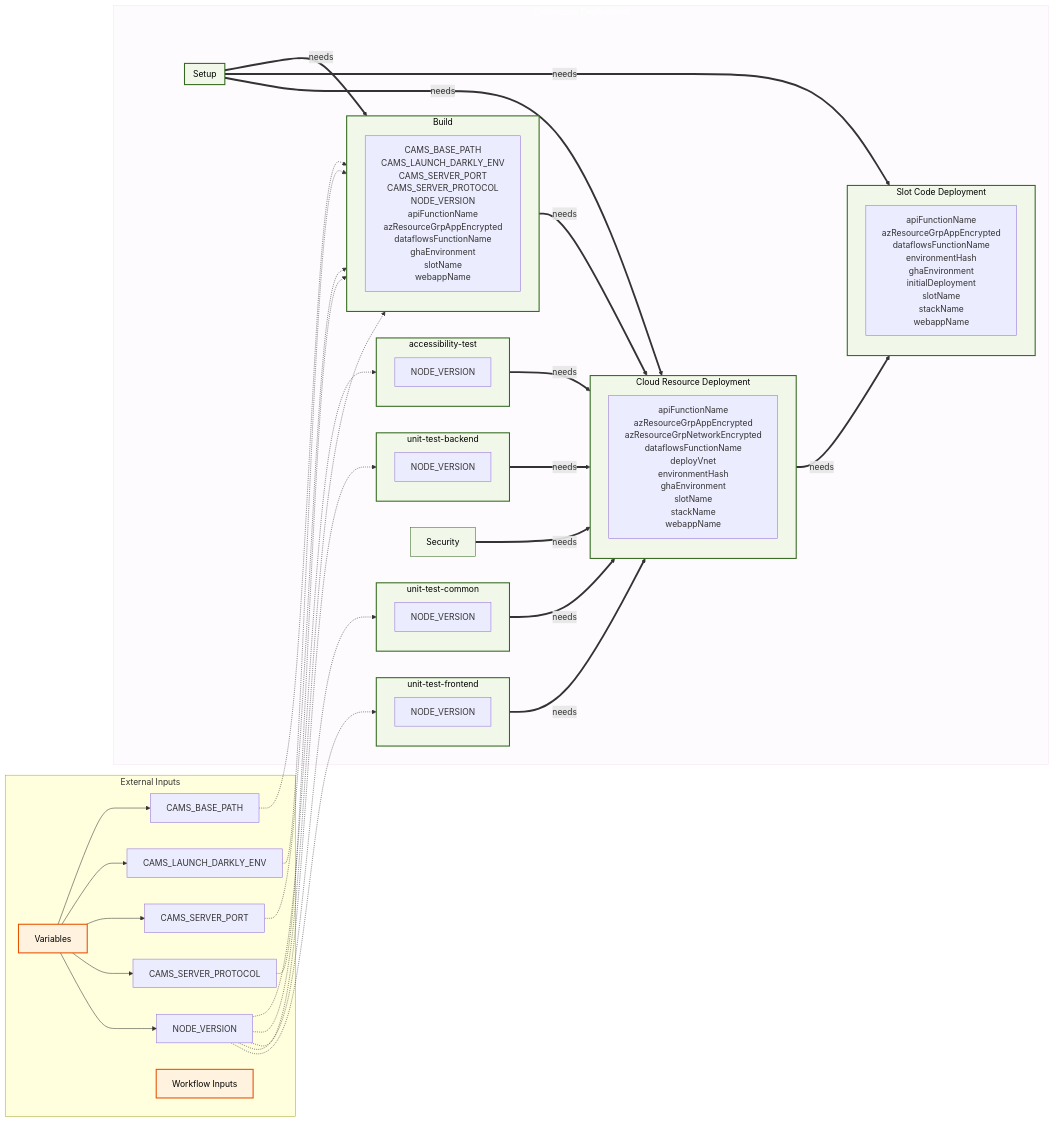
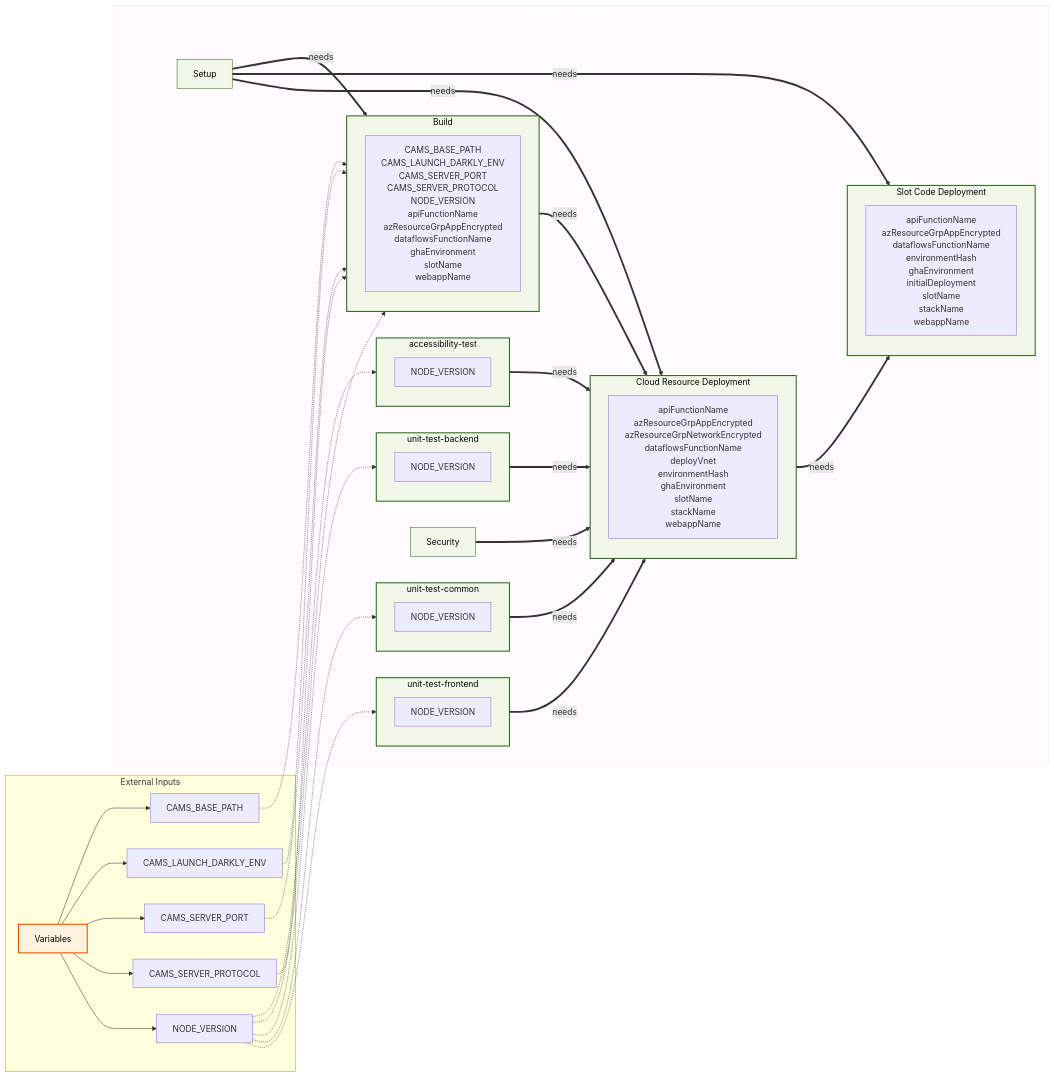
One commit to US-Trustee-Program/Bankruptcy-Oversight-Support-Systems changed the seventh of 21 diagrams in docs/operations/workflow-diagram.md. Above: the diagram before and after it, drawn with Mermaid. The commit also changed other lines of this file and 3 other files, not shown here.

````diff
--- a/docs/operations/workflow-diagram.md
+++ b/docs/operations/workflow-diagram.md
@@ -272,81 +272,78 @@
 ```mermaid
 flowchart LR
     subgraph "External Inputs"
         Variables["Variables"]
         Variables_CAMS_BASE_PATH["CAMS_BASE_PATH"]
         Variables_CAMS_LAUNCH_DARKLY_ENV["CAMS_LAUNCH_DARKLY_ENV"]
         Variables_CAMS_SERVER_PORT["CAMS_SERVER_PORT"]
         Variables_CAMS_SERVER_PROTOCOL["CAMS_SERVER_PROTOCOL"]
         Variables_NODE_VERSION["NODE_VERSION"]
-        Workflow_Inputs["Workflow Inputs"]
     end
 
     subgraph continuous_deployment_workflow["Continuous Deployment"]
-        subgraph setup_subgraph["Setup"]
-        end
+        setup["Setup"]
         subgraph accessibility_test_subgraph["accessibility-test"]
             accessibility_test_vars["NODE_VERSION"]
         end
         subgraph unit_test_frontend_subgraph["unit-test-frontend"]
             unit_test_frontend_vars["NODE_VERSION"]
         end
         subgraph unit_test_backend_subgraph["unit-test-backend"]
             unit_test_backend_vars["NODE_VERSION"]
         end
         subgraph unit_test_common_subgraph["unit-test-common"]
             unit_test_common_vars["NODE_VERSION"]
         end
         security_scan["Security"]
         subgraph build_subgraph["Build"]
             build_vars["CAMS_BASE_PATH<br/>CAMS_LAUNCH_DARKLY_ENV<br/>CAMS_SERVER_PORT<br/>CAMS_SERVER_PROTOCOL<br/>NODE_VERSION<br/>apiFunctionName<br/>azResourceGrpAppEncrypted<br/>dataflowsFunctionName<br/>ghaEnvironment<br/>slotName<br/>webappName"]
         end
         subgraph deploy_subgraph["Cloud Resource Deployment"]
             deploy_vars["apiFunctionName<br/>azResourceGrpAppEncrypted<br/>azResourceGrpNetworkEncrypted<br/>dataflowsFunctionName<br/>deployVnet<br/>environmentHash<br/>ghaEnvironment<br/>slotName<br/>stackName<br/>webappName"]
         end
         subgraph deploy_code_slot_subgraph["Slot Code Deployment"]
             deploy_code_slot_vars["apiFunctionName<br/>azResourceGrpAppEncrypted<br/>dataflowsFunctionName<br/>environmentHash<br/>ghaEnvironment<br/>initialDeployment<br/>slotName<br/>stackName<br/>webappName"]
         end
     end
 
         Variables --> Variables_CAMS_BASE_PATH
         Variables --> Variables_CAMS_LAUNCH_DARKLY_ENV
         Variables --> Variables_CAMS_SERVER_PORT
         Variables --> Variables_CAMS_SERVER_PROTOCOL
         Variables --> Variables_NODE_VERSION
     Variables_CAMS_BASE_PATH -.-> build_subgraph
     Variables_CAMS_LAUNCH_DARKLY_ENV -.-> build_subgraph
     Variables_CAMS_SERVER_PORT -.-> build_subgraph
     Variables_CAMS_SERVER_PROTOCOL -.-> build_subgraph
     Variables_NODE_VERSION -.-> accessibility_test_subgraph
     Variables_NODE_VERSION -.-> build_subgraph
     Variables_NODE_VERSION -.-> unit_test_backend_subgraph
     Variables_NODE_VERSION -.-> unit_test_common_subgraph
     Variables_NODE_VERSION -.-> unit_test_frontend_subgraph
     accessibility_test_subgraph ==>|"needs"| deploy_subgraph
     build_subgraph ==>|"needs"| deploy_subgraph
     deploy_subgraph ==>|"needs"| deploy_code_slot_subgraph
     security_scan ==>|"needs"| deploy_subgraph
-    setup_subgraph ==>|"needs"| build_subgraph
-    setup_subgraph ==>|"needs"| deploy_code_slot_subgraph
-    setup_subgraph ==>|"needs"| deploy_subgraph
+    setup ==>|"needs"| build_subgraph
+    setup ==>|"needs"| deploy_code_slot_subgraph
+    setup ==>|"needs"| deploy_subgraph
     unit_test_backend_subgraph ==>|"needs"| deploy_subgraph
     unit_test_common_subgraph ==>|"needs"| deploy_subgraph
     unit_test_frontend_subgraph ==>|"needs"| deploy_subgraph
 
     classDef external fill:#fff3e0,stroke:#e65100,stroke-width:2px,color:#000000
     classDef job fill:#f1f8e9,stroke:#33691e,stroke-width:1px,color:#000000
     classDef mainWorkflow fill:#f3e5f5,fill-opacity:0.15,stroke:#f3e5f5,stroke-width:1px,color:#ffffff
     classDef jobSubgraph fill:#f1f8e9,stroke:#33691e,stroke-width:2px,color:#000000
     class continuous_deployment_workflow mainWorkflow
     class Variables external
-    class Workflow_Inputs external
     class accessibility_test_subgraph jobSubgraph
     class build_subgraph jobSubgraph
     class deploy_subgraph jobSubgraph
     class deploy_code_slot_subgraph jobSubgraph
     class security_scan job
-    class setup_subgraph jobSubgraph
+    class setup job
     class unit_test_backend_subgraph jobSubgraph
     class unit_test_common_subgraph jobSubgraph
     class unit_test_frontend_subgraph jobSubgraph
 ```
````
